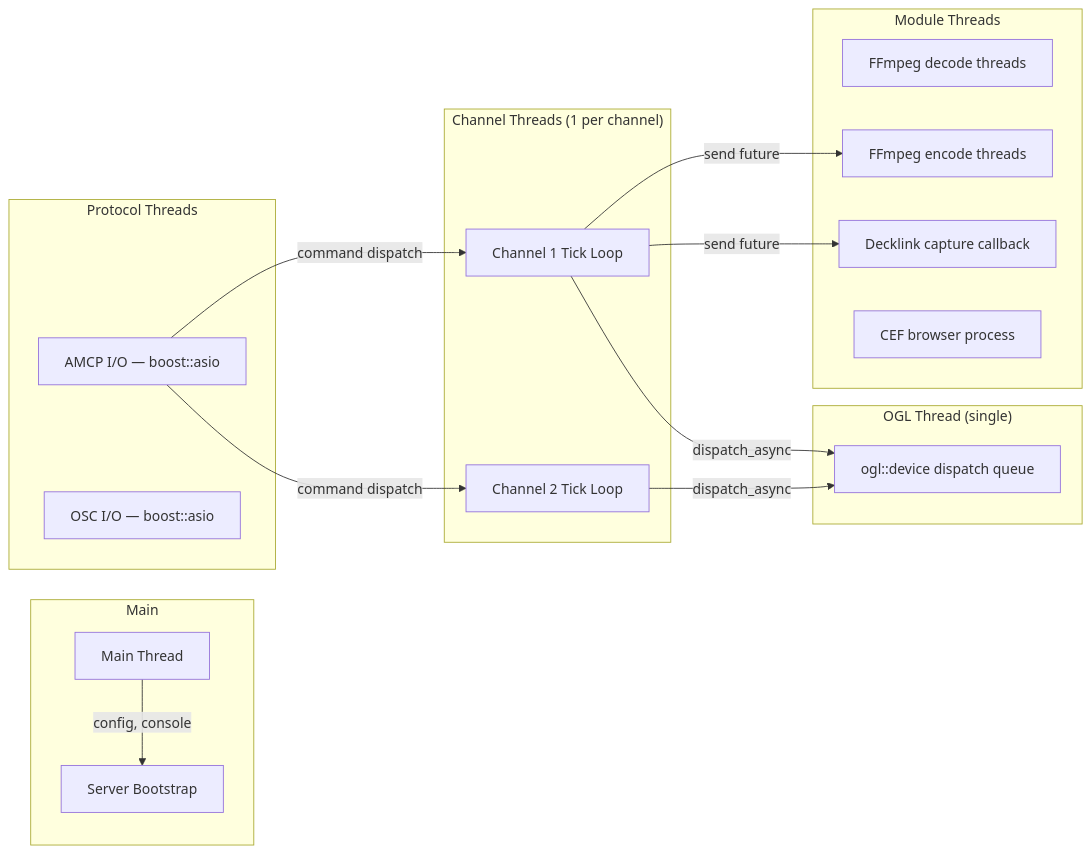
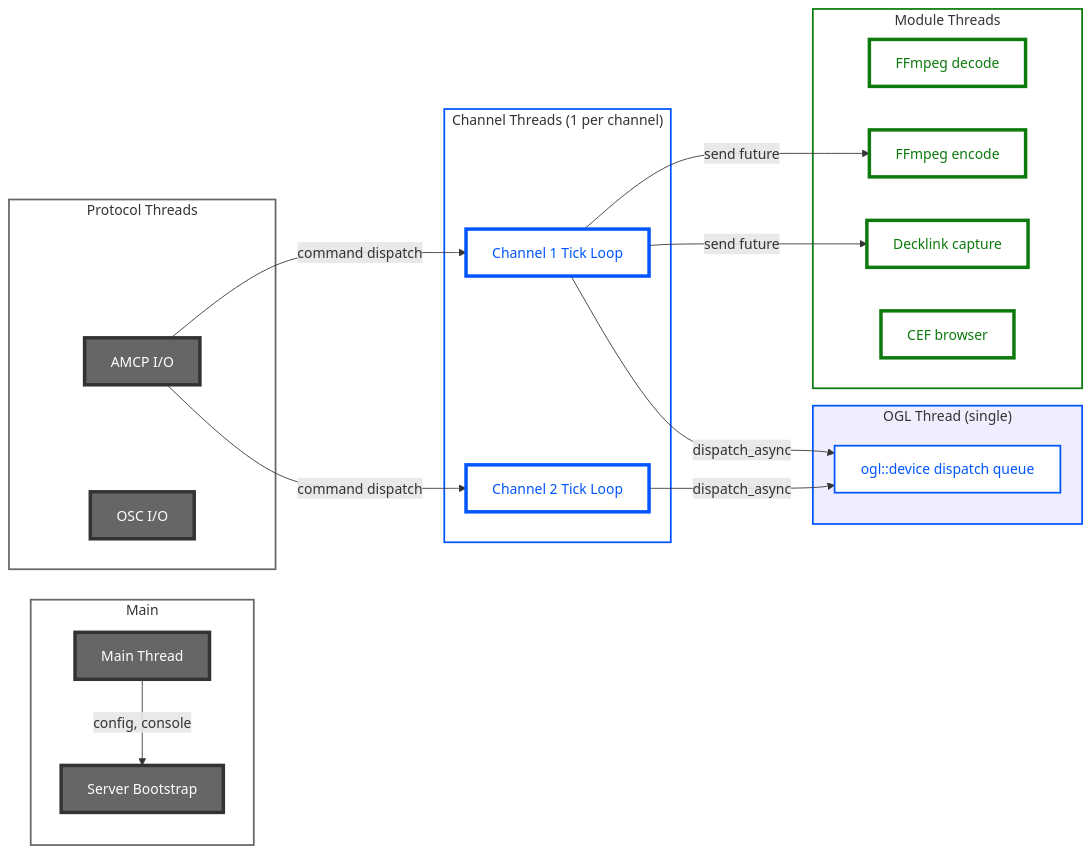
One commit to den-frie-vilje/casparCG changed the third of 10 diagrams in docs/architecture.md. Above: the diagram before and after it, drawn with Mermaid. The commit also changed other lines of this file, not shown here.

Commit message:
docs: style diagrams with blue, dark green, and golden yellow

````diff
--- a/docs/architecture.md
+++ b/docs/architecture.md
@@ -157,35 +173,50 @@
 ```mermaid
 graph LR
+    classDef coreNode fill:#FFF,color:#0055FF,stroke:#0055FF,stroke-width:4px
+    classDef moduleNode fill:#FFF,color:#0D7A0D,stroke:#0D7A0D,stroke-width:4px
+    classDef gpuNode fill:#FFF,color:#0055FF,stroke:#0055FF,stroke-width:2px
+    classDef ctrlNode fill:#666,color:#FFF,stroke:#333,stroke-width:4px
+    classDef sgCore stroke:#0055FF,fill:#FFF,stroke-width:2px
+    classDef sgModule stroke:#0D7A0D,fill:#FFF,stroke-width:2px
+    classDef sgGpu stroke:#0055FF,fill:#EEF,stroke-width:2px
+    classDef sgCtrl stroke:#666,fill:#FFF,stroke-width:2px
+
     subgraph Main
-        MT[Main Thread]
-        MT -->|config, console| BOOT[Server Bootstrap]
+        MT[Main Thread]:::ctrlNode
+        MT -->|config, console| BOOT[Server Bootstrap]:::ctrlNode
     end
 
     subgraph ChannelThreads["Channel Threads (1 per channel)"]
-        CH1[Channel 1 Tick Loop]
-        CH2[Channel 2 Tick Loop]
+        CH1[Channel 1 Tick Loop]:::coreNode
+        CH2[Channel 2 Tick Loop]:::coreNode
     end
 
     subgraph GPU["OGL Thread (single)"]
-        GL[ogl::device dispatch queue]
+        GL[ogl::device dispatch queue]:::gpuNode
     end
 
     subgraph Protocol["Protocol Threads"]
-        AMCP_T[AMCP I/O — boost::asio]
-        OSC_T[OSC I/O — boost::asio]
+        AMCP_T[AMCP I/O]:::ctrlNode
+        OSC_T[OSC I/O]:::ctrlNode
     end
 
     subgraph ModuleThreads["Module Threads"]
-        FF_DEC[FFmpeg decode threads]
-        FF_ENC[FFmpeg encode threads]
-        DL_CAP[Decklink capture callback]
-        HTML_T[CEF browser process]
+        FF_DEC[FFmpeg decode]:::moduleNode
+        FF_ENC[FFmpeg encode]:::moduleNode
+        DL_CAP[Decklink capture]:::moduleNode
+        HTML_T[CEF browser]:::moduleNode
     end
 
     CH1 -->|dispatch_async| GL
     CH2 -->|dispatch_async| GL
+
+    class Main sgCtrl
+    class ChannelThreads sgCore
+    class GPU sgGpu
+    class Protocol sgCtrl
+    class ModuleThreads sgModule
     AMCP_T -->|command dispatch| CH1
     AMCP_T -->|command dispatch| CH2
     CH1 -->|send future| FF_ENC
     CH1 -->|send future| DL_CAP
 ```
````
